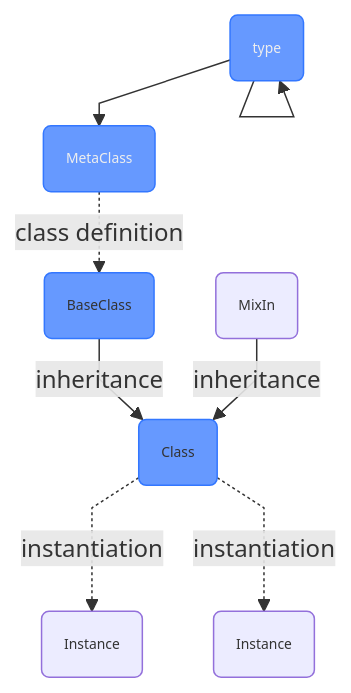
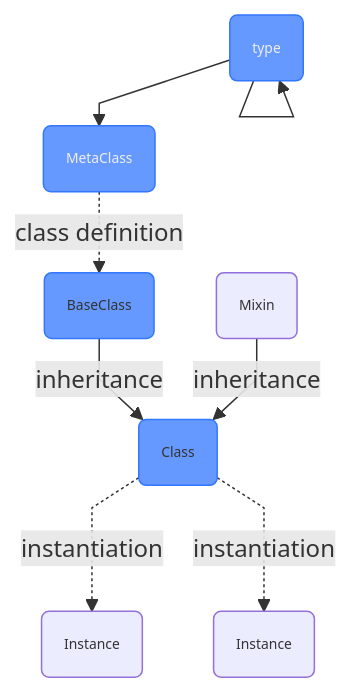
Before and after one commit to pyTooling/pyTooling: the tenth of 14 diagrams in doc/Glossary.rst, drawn with Mermaid. The commit also changed 7 other files, not shown here.

First line of the commit message:
Rename the last four MixIn classes to the Mixin spelling

```diff
--- a/doc/Glossary.rst
+++ b/doc/Glossary.rst
@@ -370,20 +370,20 @@
      .. mermaid::
         :caption: Relation of meta-classes, classes and instances.
 
         %%{init: { "flowchart": { "nodeSpacing": 15, "rankSpacing": 30, "curve": "linear", "useMaxWidth": false } } }%%
         graph TD
           T(type)
           ET(MetaClass)
           B(BaseClass)
-          M(MixIn)
+          M(Mixin)
           C(Class)
           I1(Instance);I2(Instance)
 
           T --> T
           T:::mark1 --> ET:::mark1 -.class definition.-> B
           B:::mark2 --inheritance--> C:::mark2 -.instantiation..-> I1 & I2
           M --inheritance--> C
 
           classDef node font-size:smaller;
           classDef mark1 fill:#69f,stroke:#37f,color:#eee,font-size:smaller;
           classDef mark2 fill:#69f,stroke:#37f,font-size:smaller;
```
